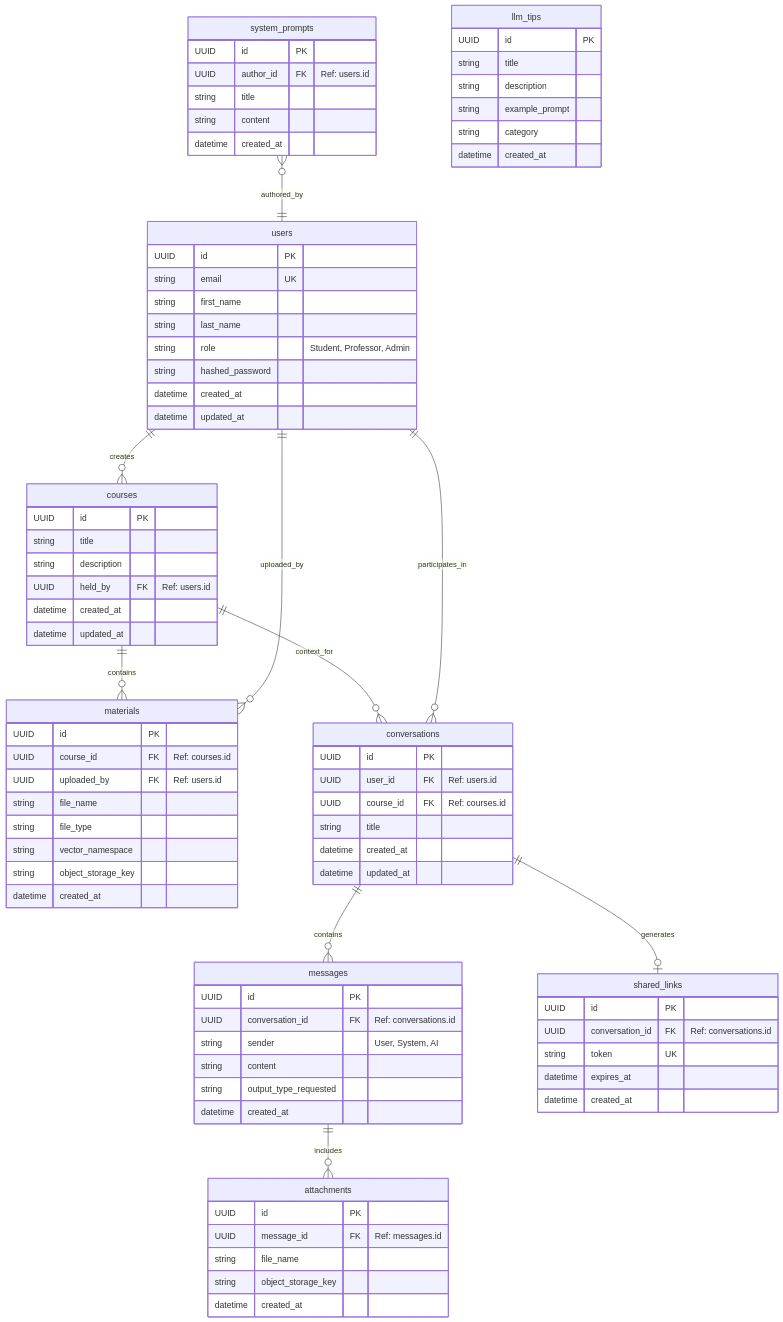
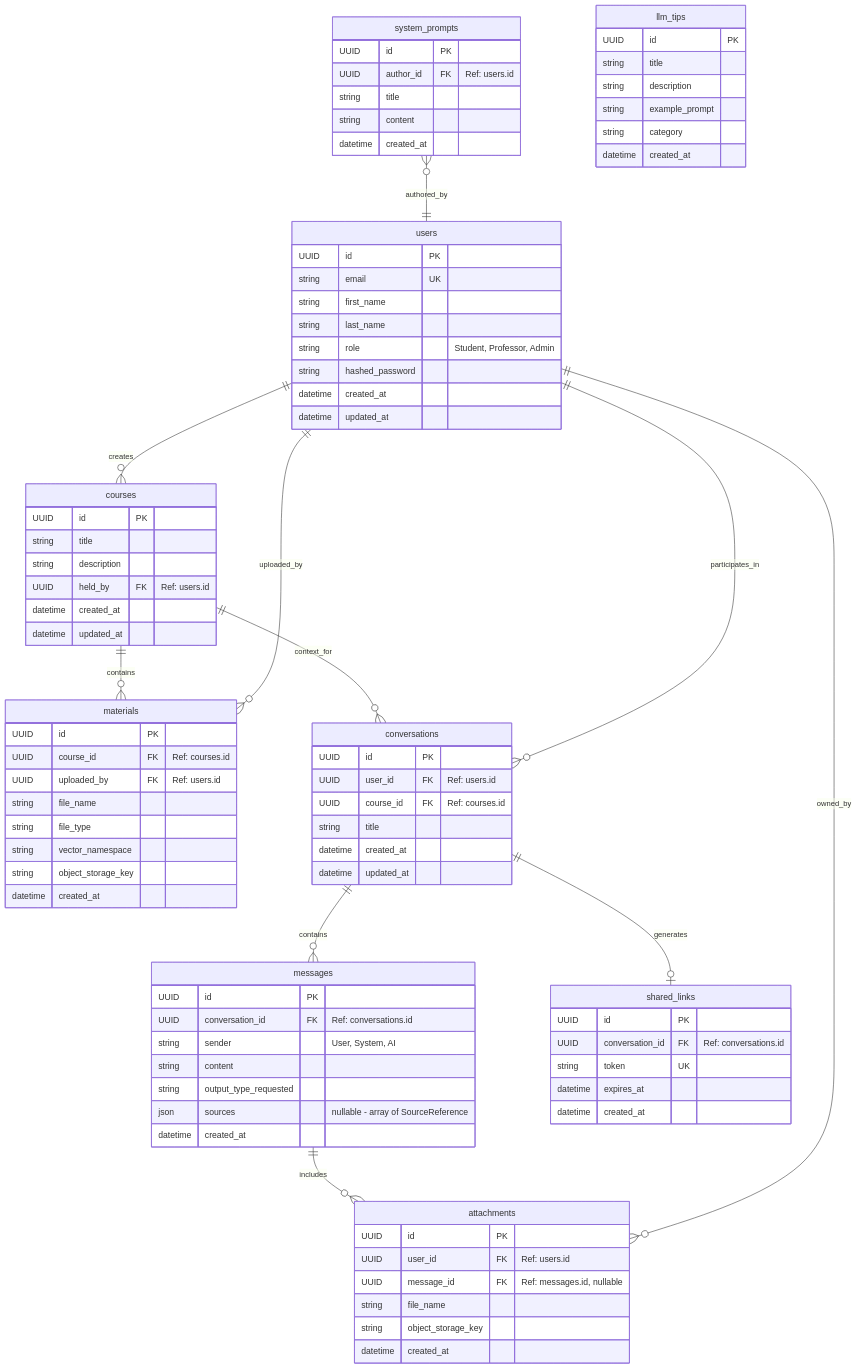
Before and after one commit to ULBS-cauci/backend: the first of 3 diagrams in DATABASE_SCHEMA.md, drawn with Mermaid. The commit also changed other lines of this file, not shown here.

Commit message:
Update db schema readme

````diff
--- a/DATABASE_SCHEMA.md
+++ b/DATABASE_SCHEMA.md
@@ -53,12 +53,14 @@
         string sender "User, System, AI"
         string content
         string output_type_requested
+        json sources "nullable - array of SourceReference"
         datetime created_at
     }
 
     attachments {
         UUID id PK
-        UUID message_id FK "Ref: messages.id"
+        UUID user_id FK "Ref: users.id"
+        UUID message_id FK "Ref: messages.id, nullable"
         string file_name
         string object_storage_key
         datetime created_at
@@ -90,7 +92,7 @@
         datetime created_at
     }
 
-    %% Relationships (Restructured for better layout)
+    %% Relationships
     %% Identity & Setup
     users ||--o{ courses : "creates"
     
@@ -100,11 +102,12 @@
     
     system_prompts }o--|| users : "authored_by"
 
-    %% Chat System Sub-graph
+    %% Chat System
     courses ||--o{ conversations : "context_for"
     users ||--o{ conversations : "participates_in"
     
     conversations ||--o{ messages : "contains"
     conversations ||--o| shared_links : "generates"
     messages ||--o{ attachments : "includes"
+    attachments }o--|| users : "owned_by"
 ```
````
